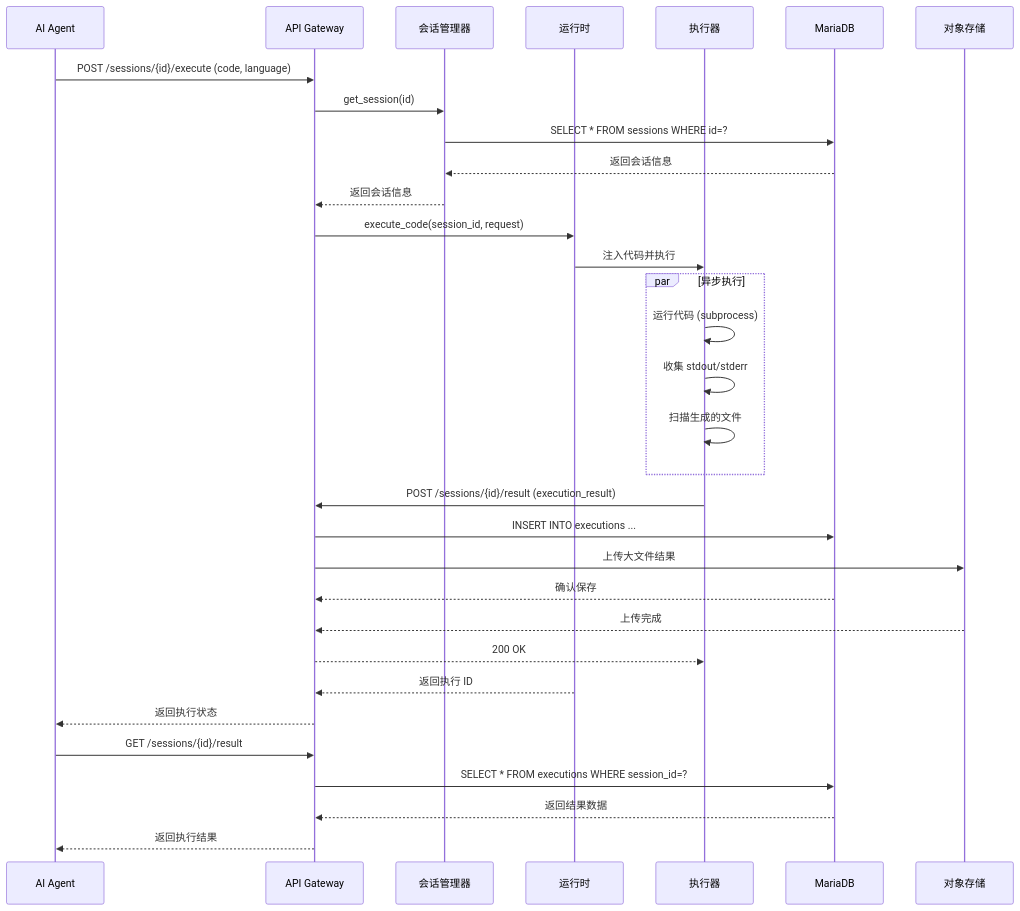
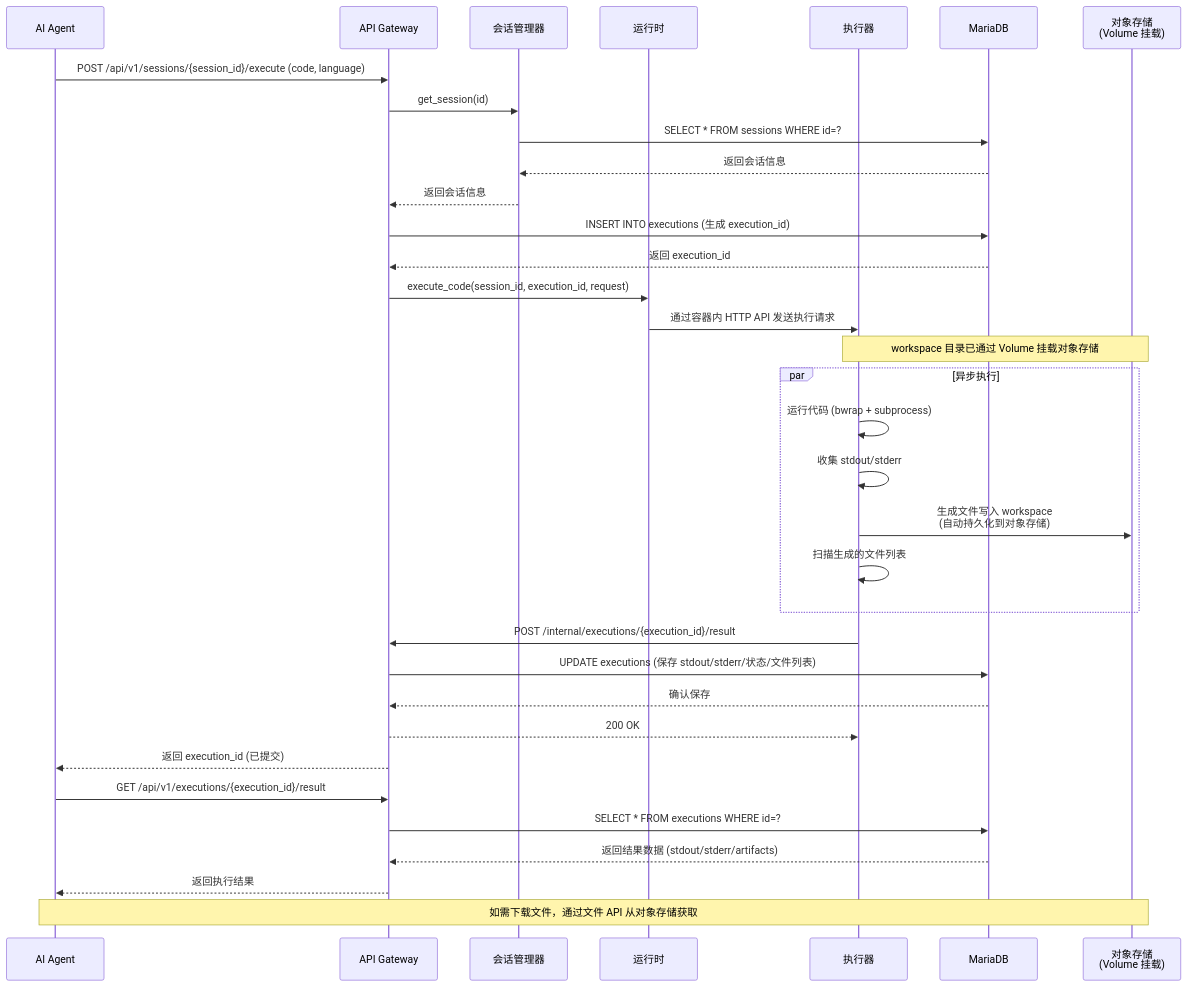
The fourth of 5 diagrams in docs/sandbox-design-v2.1.md (kweaver-ai/sandbox), drawn with Mermaid before and after one commit. The commit also changed other lines of this file and 3 other files, not shown here.

First line of the commit message:
``` docs(sandbox): update architecture design with S3 volume mounting

````diff
--- a/docs/sandbox-design-v2.1.md
+++ b/docs/sandbox-design-v2.1.md
@@ -1403,40 +1403,45 @@
 ```mermaid
 sequenceDiagram
     participant Agent as AI Agent
     participant API as API Gateway
     participant SessionMgr as 会话管理器
     participant Runtime as 运行时
     participant Executor as 执行器
     participant DB as MariaDB
-    participant S3 as 对象存储
+    participant Volume as 对象存储<br/>(Volume 挂载)
 
-    Agent->>API: POST /sessions/{id}/execute (code, language)
+    Agent->>API: POST /api/v1/sessions/{session_id}/execute (code, language)
     API->>SessionMgr: get_session(id)
     SessionMgr->>DB: SELECT * FROM sessions WHERE id=?
     DB-->>SessionMgr: 返回会话信息
     SessionMgr-->>API: 返回会话信息
 
-    API->>Runtime: execute_code(session_id, request)
-    Runtime->>Executor: 注入代码并执行
+    API->>DB: INSERT INTO executions (生成 execution_id)
+    DB-->>API: 返回 execution_id
+
+    API->>Runtime: execute_code(session_id, execution_id, request)
+    Runtime->>Executor: 通过容器内 HTTP API 发送执行请求
+
+    Note over Executor,Volume: workspace 目录已通过 Volume 挂载对象存储
 
     par 异步执行
-        Executor->>Executor: 运行代码 (subprocess)
+        Executor->>Executor: 运行代码 (bwrap + subprocess)
         Executor->>Executor: 收集 stdout/stderr
-        Executor->>Executor: 扫描生成的文件
+        Executor->>Volume: 生成文件写入 workspace<br/>(自动持久化到对象存储)
+        Executor->>Executor: 扫描生成的文件列表
     end
 
-    Executor->>API: POST /sessions/{id}/result (execution_result)
-    API->>DB: INSERT INTO executions ...
-    API->>S3: 上传大文件结果
+    Executor->>API: POST /internal/executions/{execution_id}/result
+    API->>DB: UPDATE executions (保存 stdout/stderr/状态/文件列表)
     DB-->>API: 确认保存
-    S3-->>API: 上传完成
     API-->>Executor: 200 OK
 
-    Runtime-->>API: 返回执行 ID
-    API-->>Agent: 返回执行状态
+    API-->>Agent: 返回 execution_id (已提交)
 
-    Agent->>API: GET /sessions/{id}/result
-    API->>DB: SELECT * FROM executions WHERE session_id=?
-    DB-->>API: 返回结果数据
+    Agent->>API: GET /api/v1/executions/{execution_id}/result
+    API->>DB: SELECT * FROM executions WHERE id=?
+    DB-->>API: 返回结果数据 (stdout/stderr/artifacts)
     API-->>Agent: 返回执行结果
+
+    Note over Agent,Volume: 如需下载文件，通过文件 API 从对象存储获取
 ```
````
